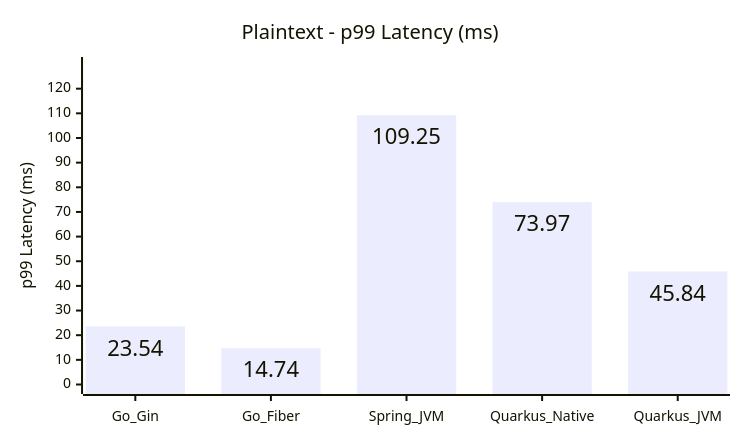
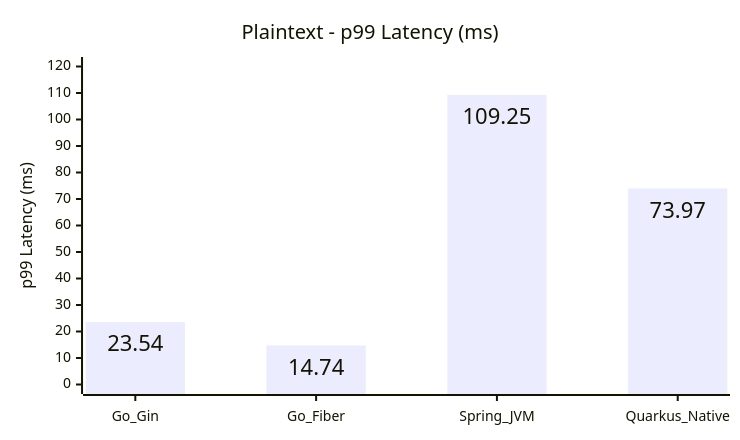
Before and after one commit to hiiamtin/go-vs-java: diagram 14 of 15 in COMPARISON_REPORT.md, drawn with Mermaid. The commit also changed other lines of this file and 90 other files, not shown here.

Commit message:
Remove Quarkus JVM variant and refresh benchmark results

````diff
--- a/COMPARISON_REPORT.md
+++ b/COMPARISON_REPORT.md
@@ -249,14 +253,14 @@
 ```mermaid
 ---
 config:
   xyChart:
     width: 720
     height: 420
     showDataLabel: true
 ---
 xychart
     title "Plaintext - p99 Latency (ms)"
-    x-axis [Go_Gin, Go_Fiber, Spring_JVM, Quarkus_Native, Quarkus_JVM]
-    y-axis "p99 Latency (ms)" 0 --> 129
-    bar [23.54, 14.74, 109.25, 73.97, 45.84]
+    x-axis [Go_Gin, Go_Fiber, Spring_JVM, Quarkus_Native]
+    y-axis "p99 Latency (ms)" 0 --> 120
+    bar [23.54, 14.74, 109.25, 73.97]
 ```
````
